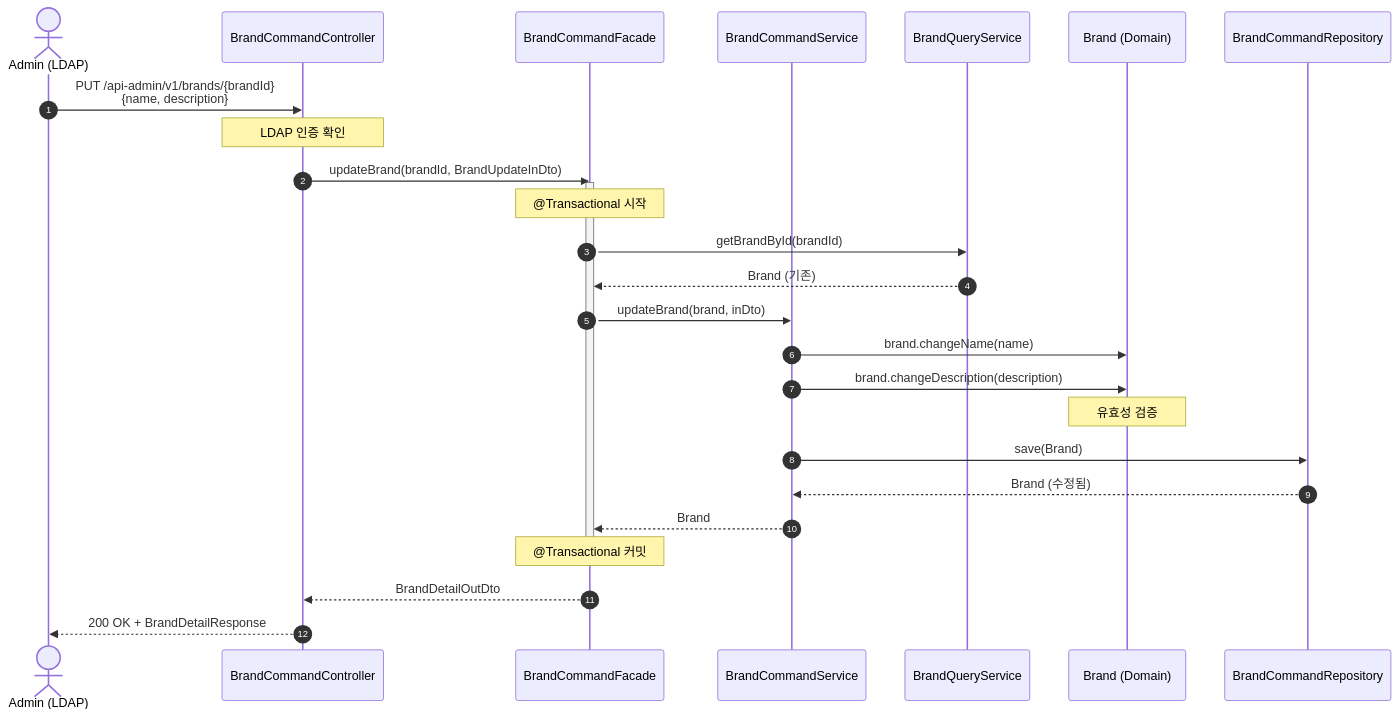
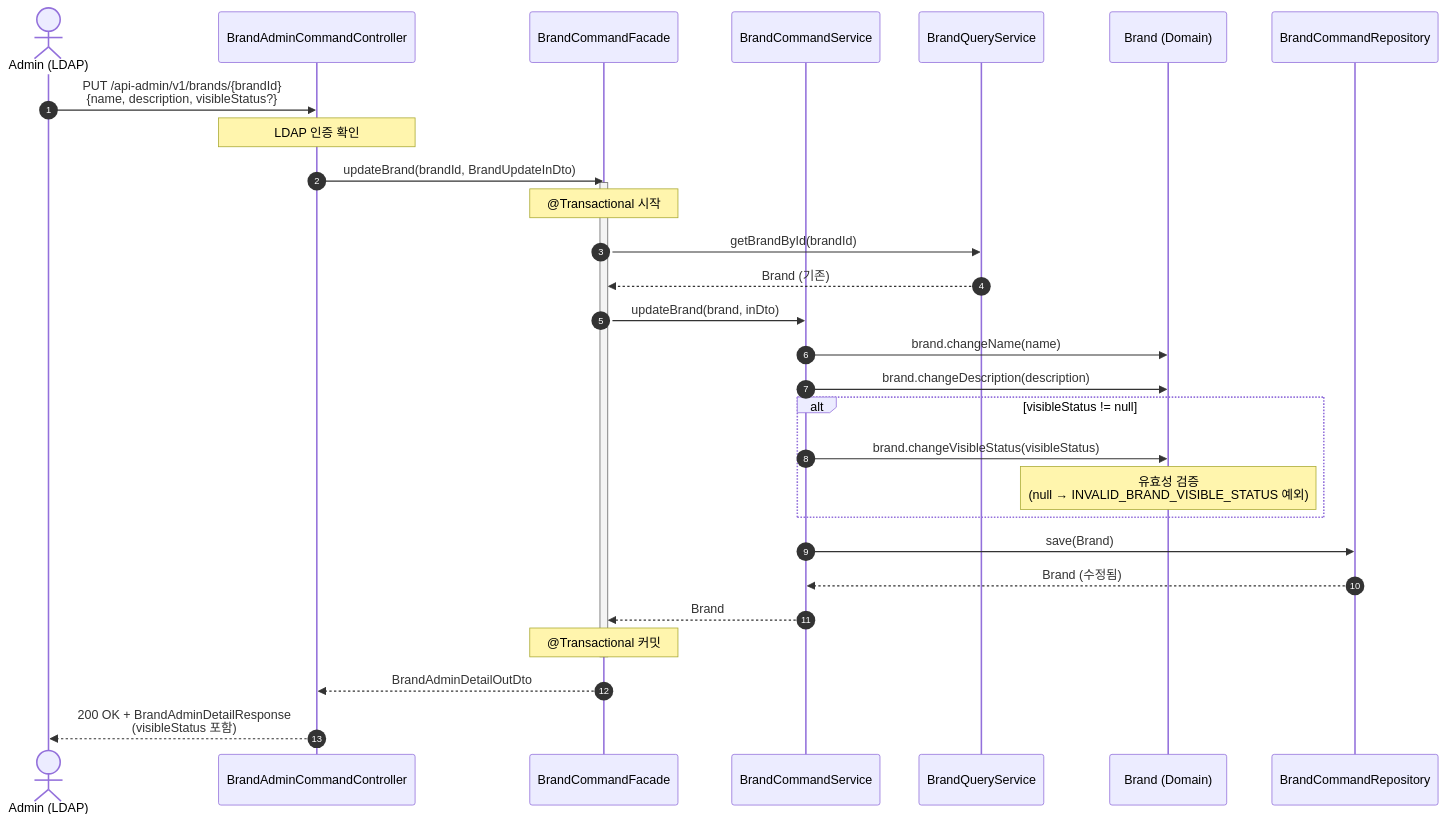
The fourth of 30 diagrams in docs/design/02-sequence-diagrams.md (Hwan0518/loop-pack-be-l2-vol3-java), drawn with Mermaid before and after one commit. The commit also changed other lines of this file and 474 other files, not shown here.

````diff
--- a/docs/design/02-sequence-diagrams.md
+++ b/docs/design/02-sequence-diagrams.md
@@ -269,31 +283,34 @@
 ```mermaid
 sequenceDiagram
     autonumber
     actor Admin as Admin (LDAP)
-    participant Controller as BrandCommandController
+    participant Controller as BrandAdminCommandController
     participant Facade as BrandCommandFacade
     participant Service as BrandCommandService
     participant QService as BrandQueryService
     participant Brand as Brand (Domain)
     participant Repository as BrandCommandRepository
 
-    Admin->>Controller: PUT /api-admin/v1/brands/{brandId}<br/>{name, description}
+    Admin->>Controller: PUT /api-admin/v1/brands/{brandId}<br/>{name, description, visibleStatus?}
     Note over Controller: LDAP 인증 확인
     Controller->>Facade: updateBrand(brandId, BrandUpdateInDto)
     activate Facade
     Note over Facade: @Transactional 시작
     Facade->>QService: getBrandById(brandId)
     QService-->>Facade: Brand (기존)
 
     Facade->>Service: updateBrand(brand, inDto)
     Service->>Brand: brand.changeName(name)
     Service->>Brand: brand.changeDescription(description)
-    Note over Brand: 유효성 검증
+    alt visibleStatus != null
+        Service->>Brand: brand.changeVisibleStatus(visibleStatus)
+        Note over Brand: 유효성 검증<br/>(null → INVALID_BRAND_VISIBLE_STATUS 예외)
+    end
     Service->>Repository: save(Brand)
     Repository-->>Service: Brand (수정됨)
     Service-->>Facade: Brand
     Note over Facade: @Transactional 커밋
     deactivate Facade
-    Facade-->>Controller: BrandDetailOutDto
-    Controller-->>Admin: 200 OK + BrandDetailResponse
+    Facade-->>Controller: BrandAdminDetailOutDto
+    Controller-->>Admin: 200 OK + BrandAdminDetailResponse<br/>(visibleStatus 포함)
 ```
````
